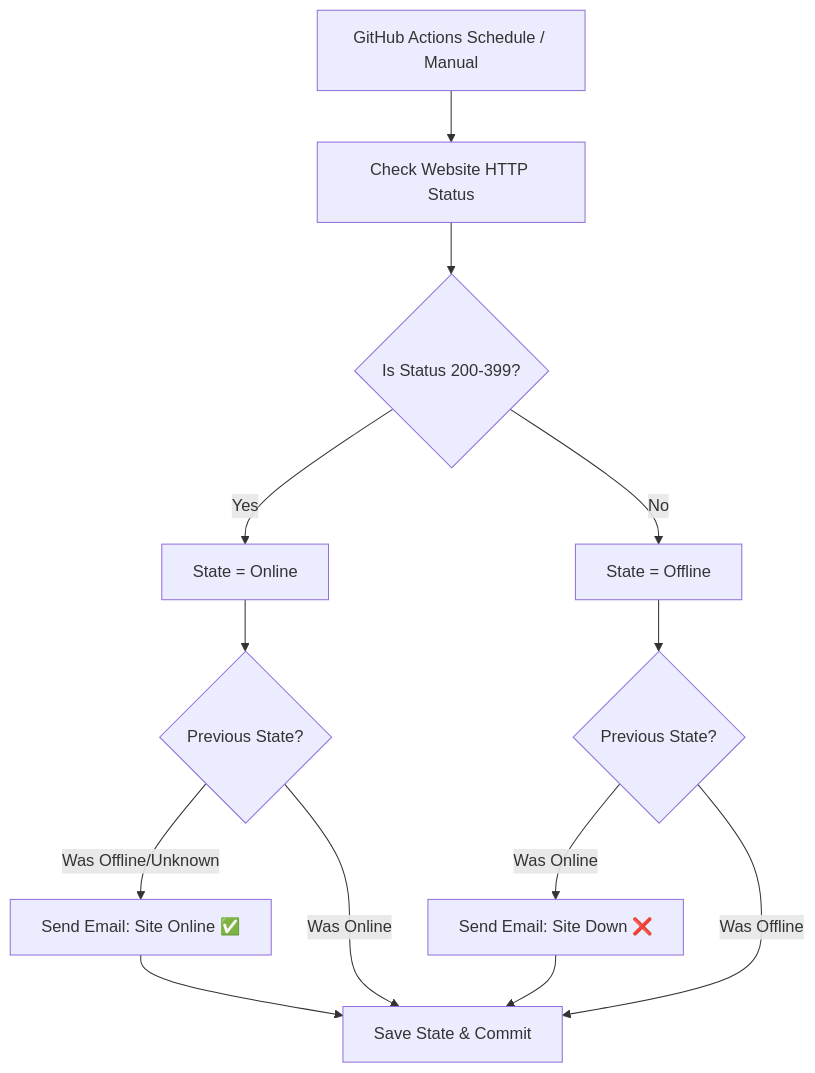
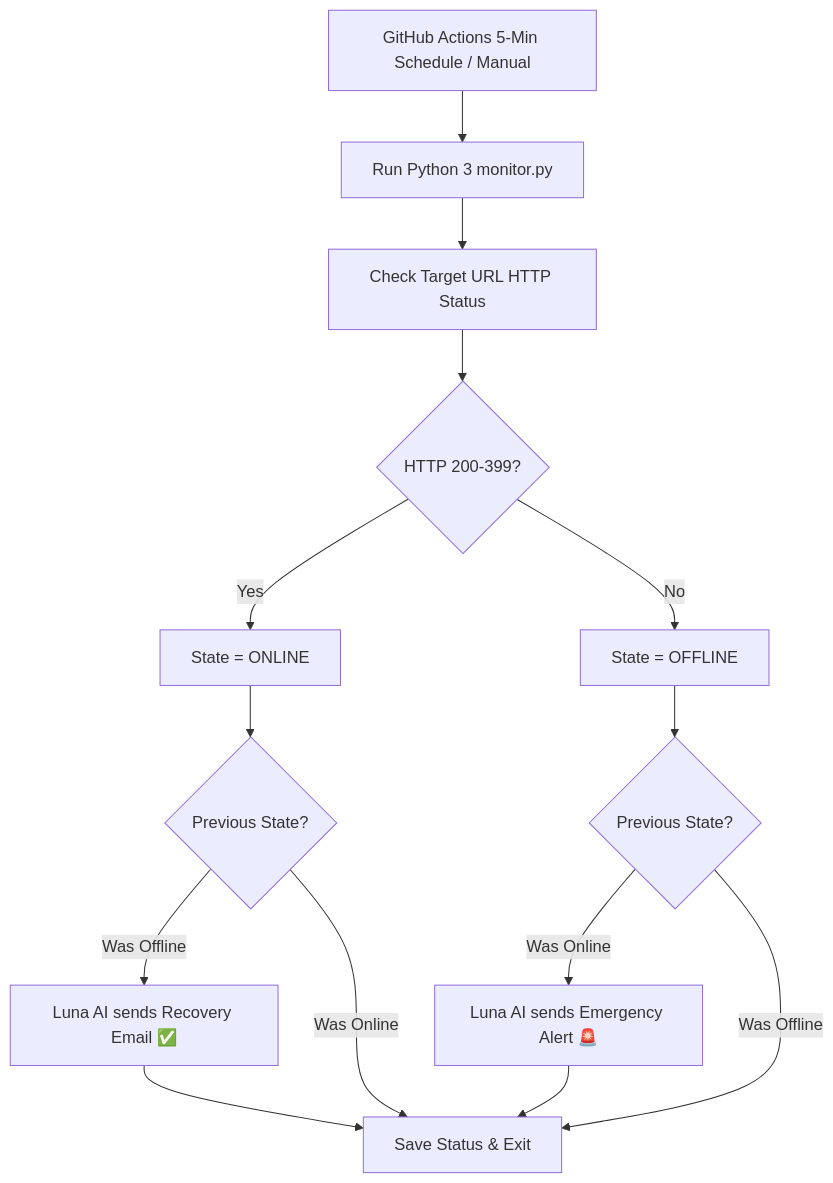
The diagram in README.md (Arunachalam-gojosaturo/website-moniter), drawn with Mermaid before and after one commit. The commit also changed other lines of this file and 3 other files, not shown here.

Commit message:
Add Luna AI ARC-SERVER persona, HTML email templates, and avatars

````diff
--- a/README.md
+++ b/README.md
@@ -19,15 +27,16 @@
 ```mermaid
 flowchart TD
-    A[GitHub Actions Schedule / Manual] --> B[Check Website HTTP Status]
-    B --> C{Is Status 200-399?}
-    C -- Yes --> D[State = Online]
-    C -- No --> E[State = Offline]
-    D --> F{Previous State?}
+    A[GitHub Actions 5-Min Schedule / Manual] --> B[Run Python 3 monitor.py]
+    B --> C[Check Target URL HTTP Status]
+    C --> D{HTTP 200-399?}
+    D -- Yes --> E[State = ONLINE]
+    D -- No --> F[State = OFFLINE]
     E --> G{Previous State?}
-    F -- Was Offline/Unknown --> H[Send Email: Site Online ✅]
-    G -- Was Online --> I[Send Email: Site Down ❌]
-    F -- Was Online --> J[Save State & Commit]
-    G -- Was Offline --> J
-    H --> J
-    I --> J
+    F --> H{Previous State?}
+    G -- Was Offline --> I[Luna AI sends Recovery Email ✅]
+    H -- Was Online --> J[Luna AI sends Emergency Alert 🚨]
+    G -- Was Online --> K[Save Status & Exit]
+    H -- Was Offline --> K
+    I --> K
+    J --> K
 ```
````
